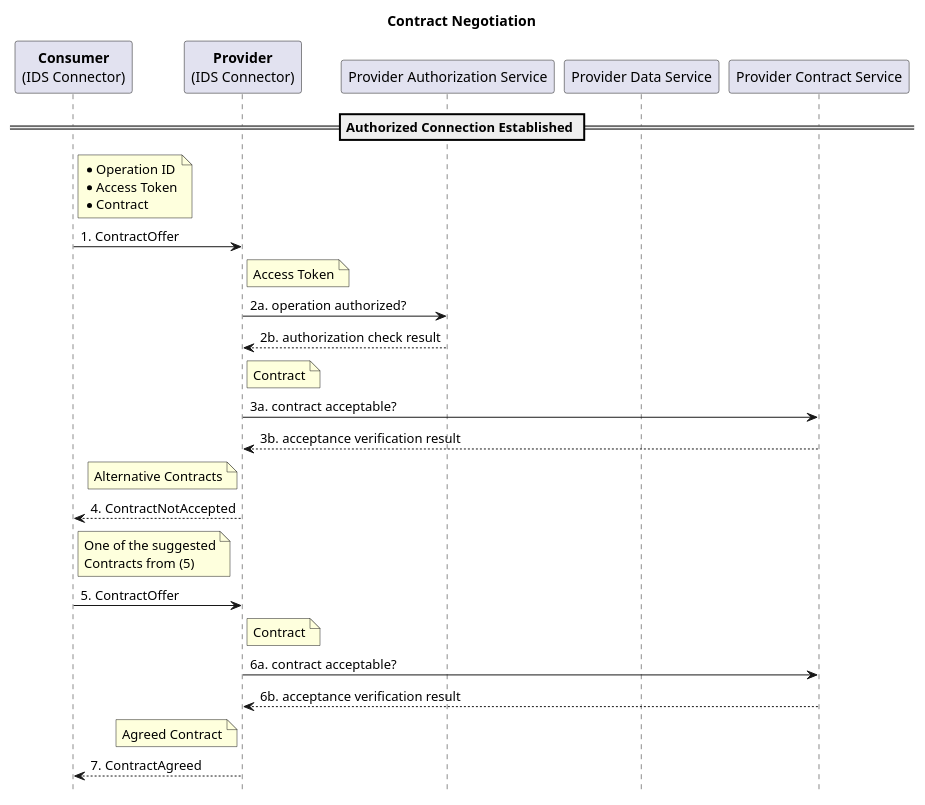
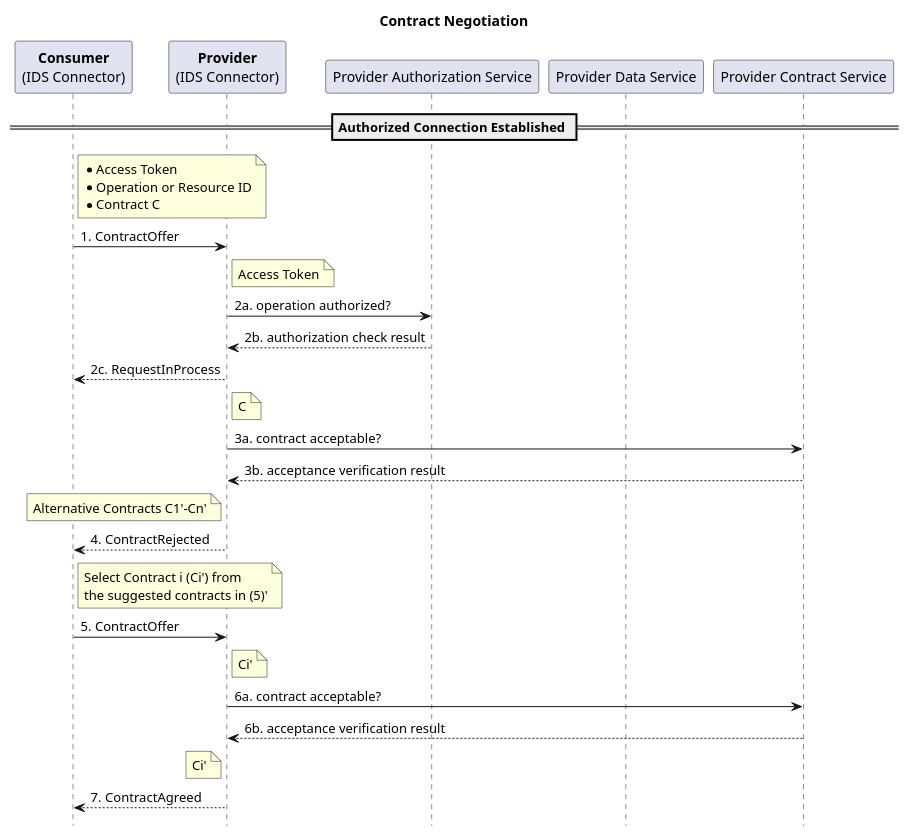
Before and after one commit to IndustrialDataSpace/Documentation: the diagram in contract_negotiation.plantuml, drawn with PlantUML. The commit also changed 2 other files, not shown here.

Commit message:
update broker and contract negotiation workflows

```diff
--- a/contract_negotiation.plantuml
+++ b/contract_negotiation.plantuml
@@ -1,39 +1,41 @@
 @startuml
 
 hide footbox
 
 title Contract Negotiation
 
 participant "**Consumer**\n(IDS Connector)" as C
 participant "**Provider**\n(IDS Connector)" as P
 participant "Provider Authorization Service" as PAS
 participant "Provider Data Service" as PDS
 participant "Provider Contract Service" as PCS
 
 == Authorized Connection Established ==
 
-note right of C: *Operation ID\n*Access Token\n*Contract
+note right of C: *Access Token\n*Operation or Resource ID\n*Contract C
 C -> P: 1. ContractOffer
 
 note right of P: Access Token
 P -> PAS: 2a. operation authorized?
 P <-- PAS: 2b. authorization check result
 
-note right of P: Contract
+C <-- P: 2c. RequestInProcess
+
+note right of P: C
 P -> PCS: 3a. contract acceptable?
 P <-- PCS: 3b. acceptance verification result
 
-note left of P: Alternative Contracts
-P --> C: 4. ContractNotAccepted
+note left of P: Alternative Contracts C1'-Cn'
+P --> C: 4. ContractRejected
 
-note right of C: One of the suggested\nContracts from (5)
+note right of C: Select Contract i (Ci') from\nthe suggested contracts in (5)'
 C -> P: 5. ContractOffer
 
-note right of P: Contract
+note right of P: Ci'
 P -> PCS: 6a. contract acceptable?
 P <-- PCS: 6b. acceptance verification result
 
-note left of P: Agreed Contract
+note left of P: Ci'
 P --> C: 7. ContractAgreed
 
 @enduml
```
